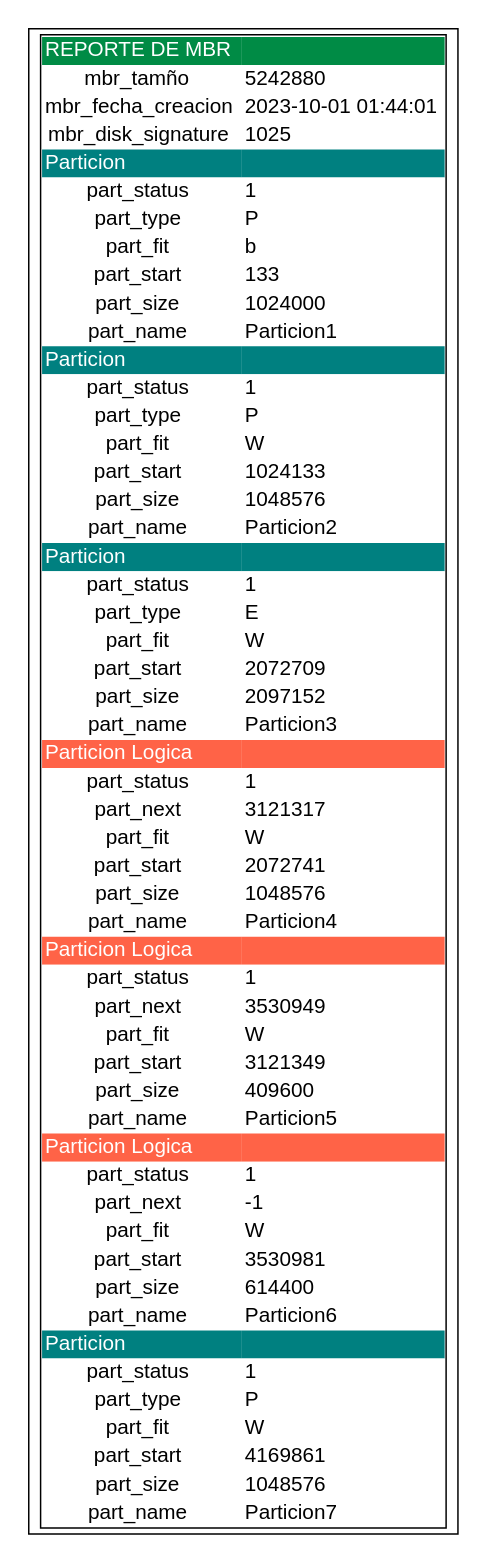
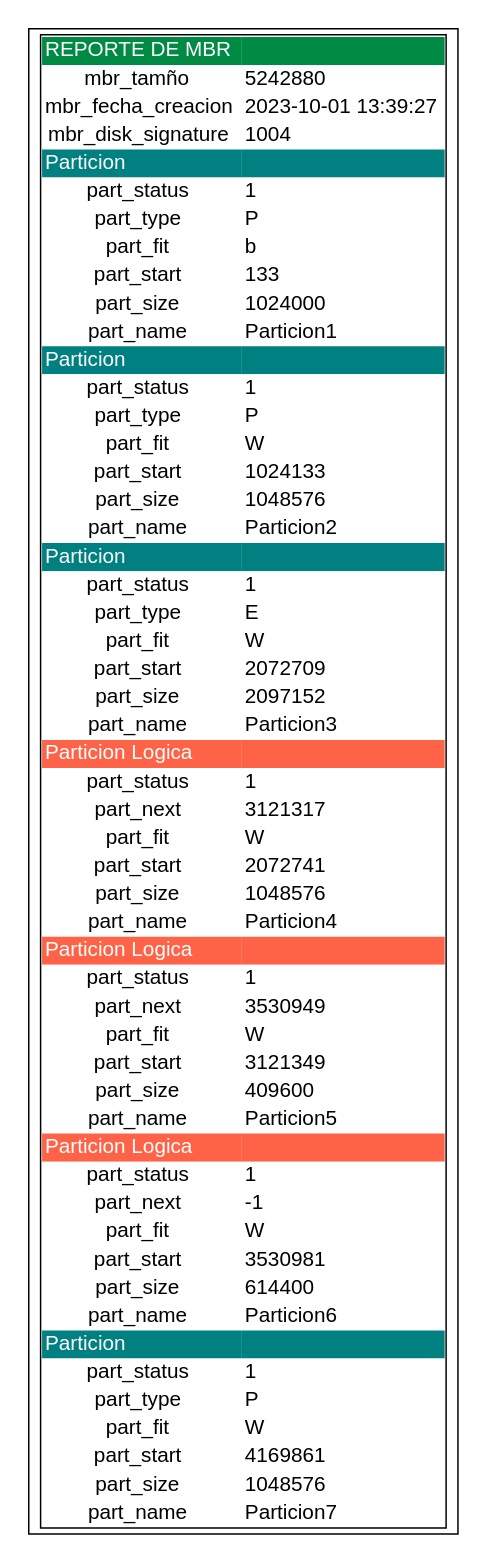
The diagram in backend/reportes/reporte_mbr.dot (luis-tavico/MIA_2SP2_202000562), drawn with Graphviz before and after one commit. The commit also changed 6 other files, not shown here.

```diff
--- a/backend/reportes/reporte_mbr.dot
+++ b/backend/reportes/reporte_mbr.dot
@@ -12,11 +12,11 @@
         </tr>
         <tr>
             <td bgcolor="white" align="center"> mbr_fecha_creacion </td>
-            <td bgcolor="white" align="left"> 2023-10-01 01:44:01 </td>
+            <td bgcolor="white" align="left"> 2023-10-01 13:39:27 </td>
         </tr>
         <tr>
             <td bgcolor="white" align="center"> mbr_disk_signature </td>
-            <td bgcolor="white" align="left"> 1025 </td>
+            <td bgcolor="white" align="left"> 1004 </td>
         </tr>
         <tr>
             <td bgcolor="teal" align="left"><font color="white"> Particion </font></td>
```
